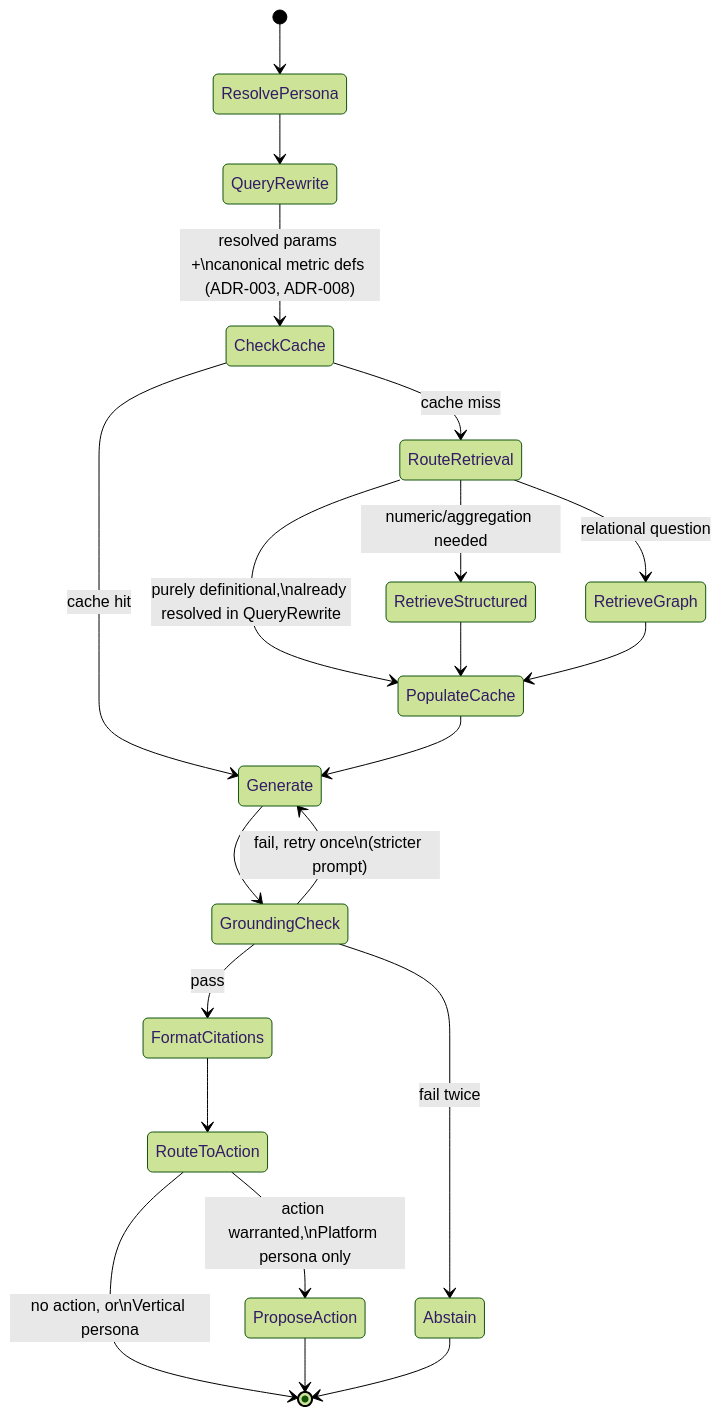
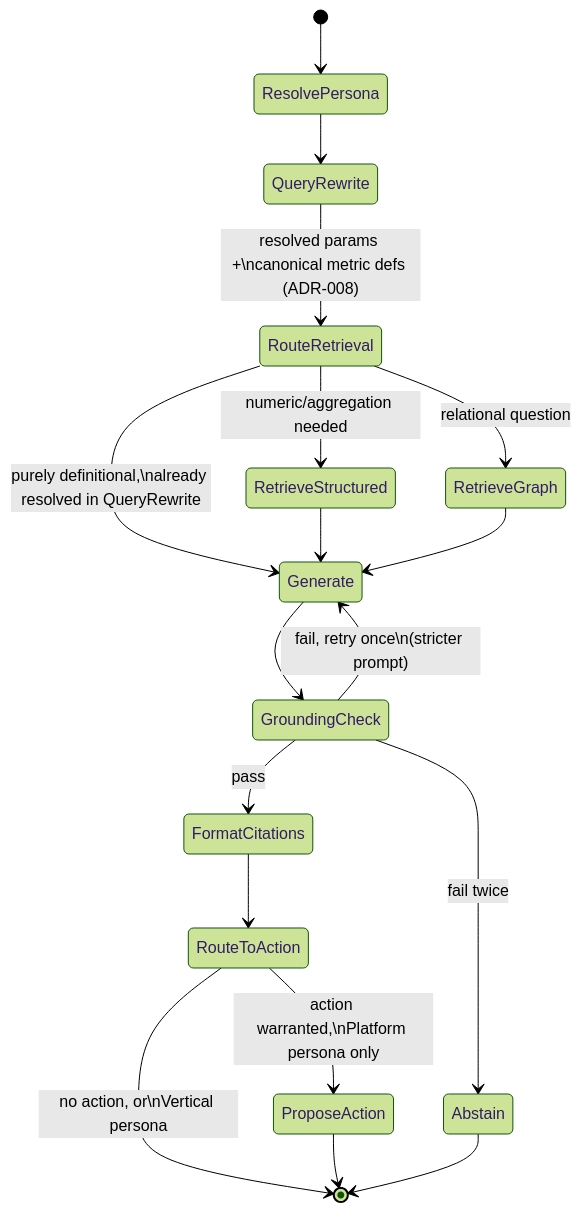
One commit to mbnest/finops-intelligence-platform changed the second of 3 diagrams in docs/Solution_Architecture_Cloud_Workbench.md. Above: the diagram before and after it, drawn with Mermaid (forest theme). The commit also changed other lines of this file and 15 other files, not shown here.

First line of the commit message:
Revise architecture docs from review: billing data, ML framing, operating model, rollout, testing, and references

````diff
--- a/docs/Solution_Architecture_Cloud_Workbench.md
+++ b/docs/Solution_Architecture_Cloud_Workbench.md
@@ -97,23 +99,20 @@
 ```mermaid
 stateDiagram-v2
     [*] --> ResolvePersona
     ResolvePersona --> QueryRewrite
-    QueryRewrite --> CheckCache: resolved params +\ncanonical metric defs (ADR-003, ADR-008)
-    CheckCache --> Generate: cache hit
-    CheckCache --> RouteRetrieval: cache miss
+    QueryRewrite --> RouteRetrieval: resolved params +\ncanonical metric defs (ADR-008)
     RouteRetrieval --> RetrieveStructured: numeric/aggregation needed
     RouteRetrieval --> RetrieveGraph: relational question
-    RouteRetrieval --> PopulateCache: purely definitional,\nalready resolved in QueryRewrite
-    RetrieveStructured --> PopulateCache
-    RetrieveGraph --> PopulateCache
-    PopulateCache --> Generate
+    RouteRetrieval --> Generate: purely definitional,\nalready resolved in QueryRewrite
+    RetrieveStructured --> Generate
+    RetrieveGraph --> Generate
     Generate --> GroundingCheck
     GroundingCheck --> FormatCitations: pass
     GroundingCheck --> Generate: fail, retry once\n(stricter prompt)
     GroundingCheck --> Abstain: fail twice
     FormatCitations --> RouteToAction
     RouteToAction --> ProposeAction: action warranted,\nPlatform persona only
     RouteToAction --> [*]: no action, or\nVertical persona
     ProposeAction --> [*]
     Abstain --> [*]
 ```
````
